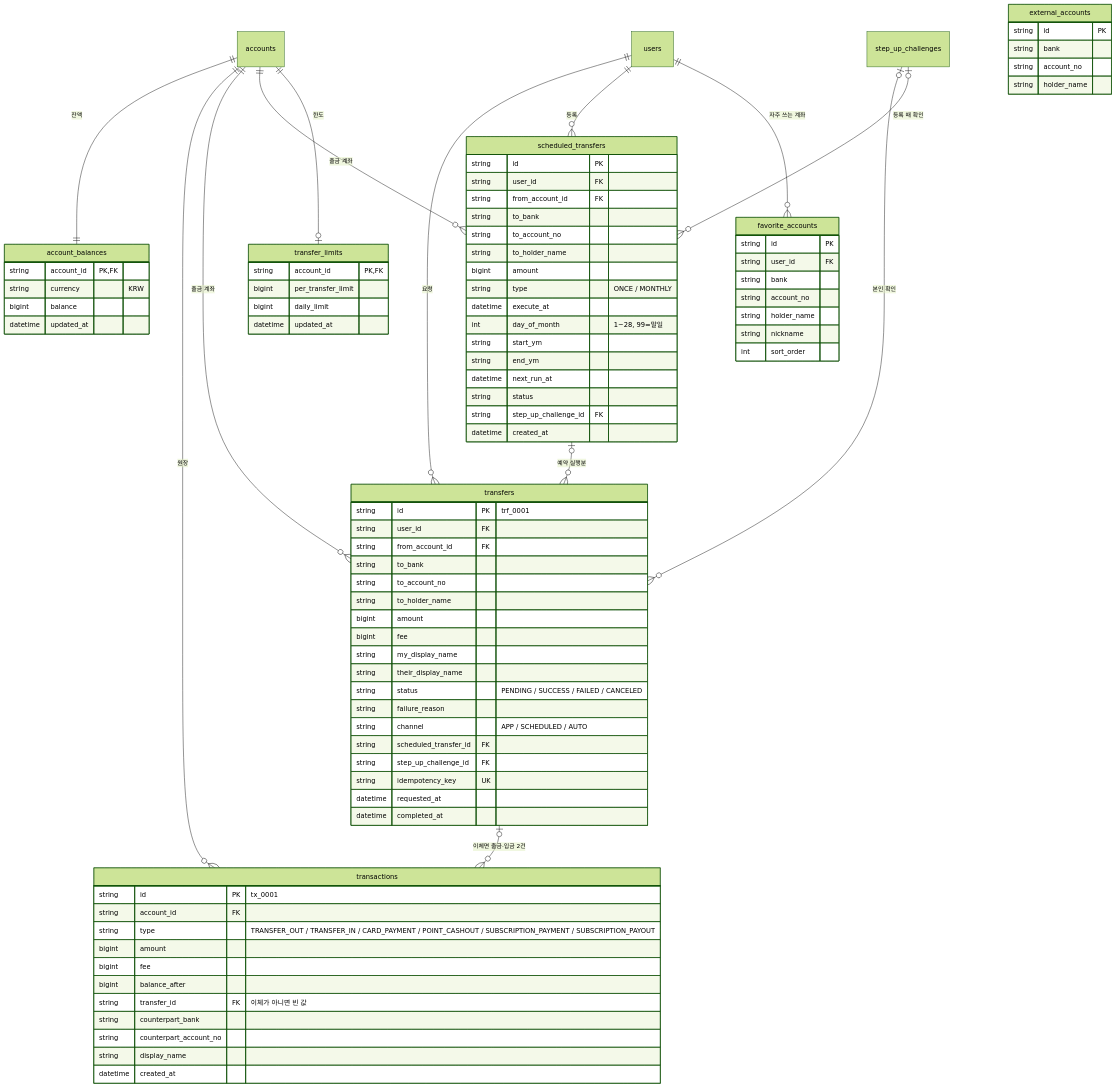
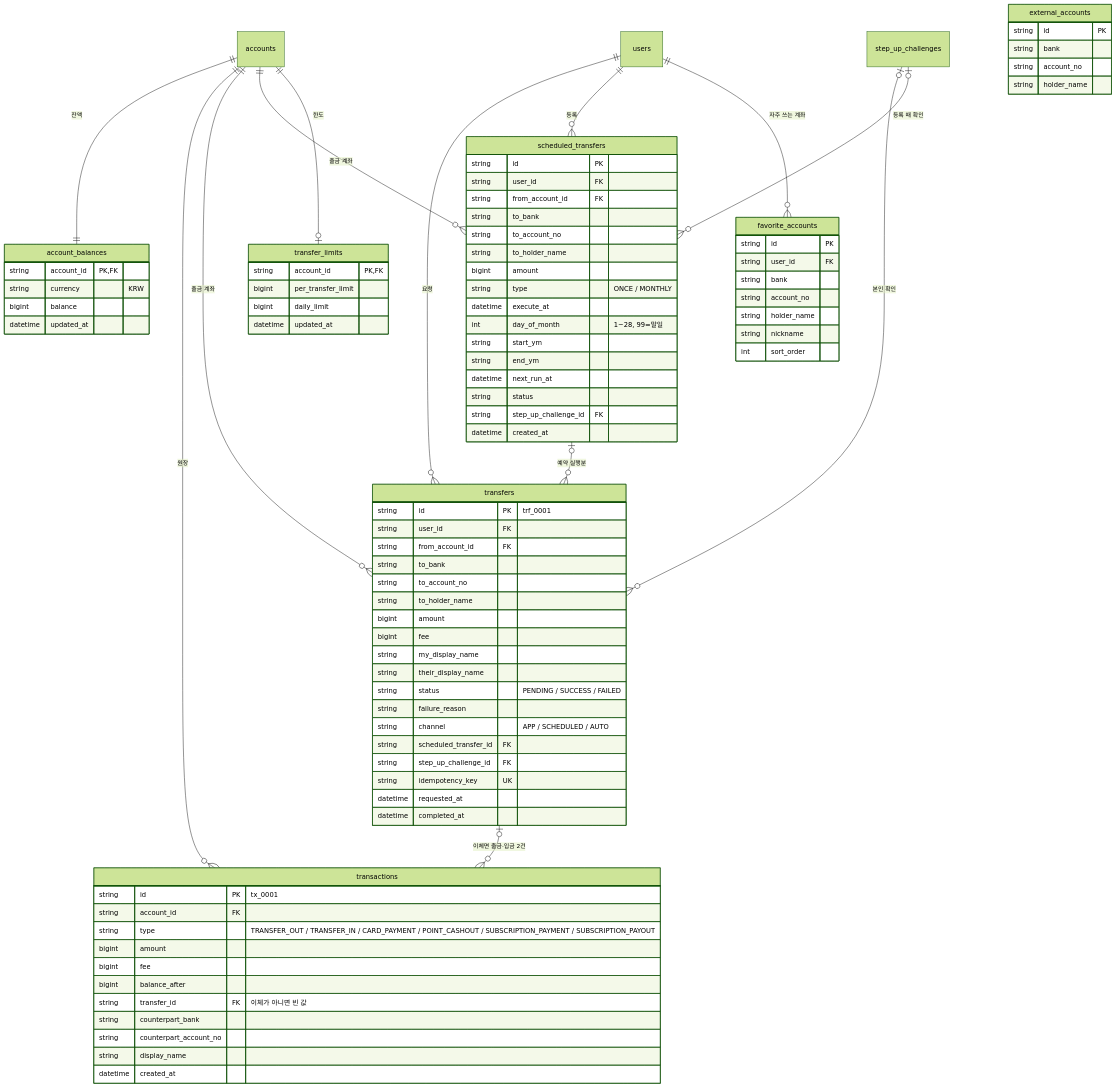
Before and after one commit to yellowgreenbean/midproject_ai_agent: the fourth of 7 diagrams in docs/ERD.md, drawn with Mermaid (forest theme). The commit also changed other lines of this file and 6 other files, not shown here.

```diff
--- a/docs/ERD.md
+++ b/docs/ERD.md
@@ -292,7 +294,7 @@
         bigint fee
         string my_display_name
         string their_display_name
-        string status "PENDING / SUCCESS / FAILED / CANCELED"
+        string status "PENDING / SUCCESS / FAILED"
         string failure_reason
         string channel "APP / SCHEDULED / AUTO"
         string scheduled_transfer_id FK
```
